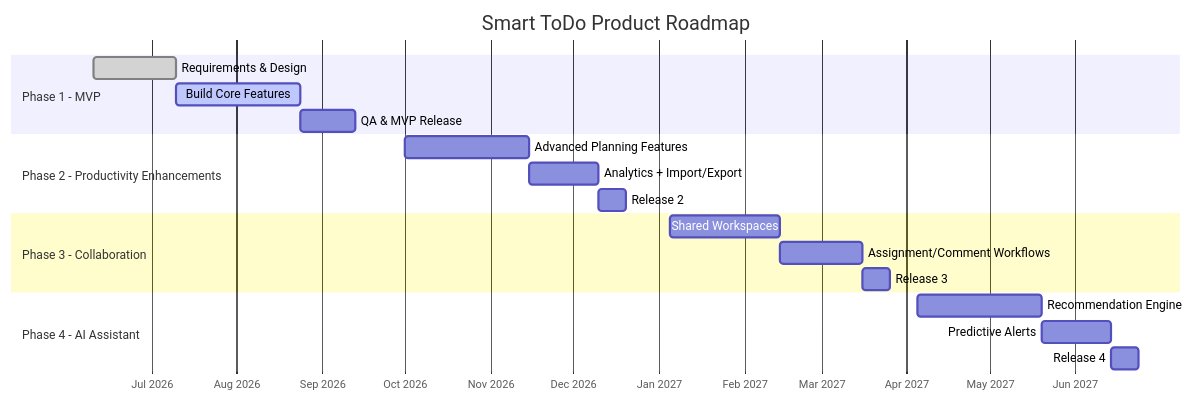
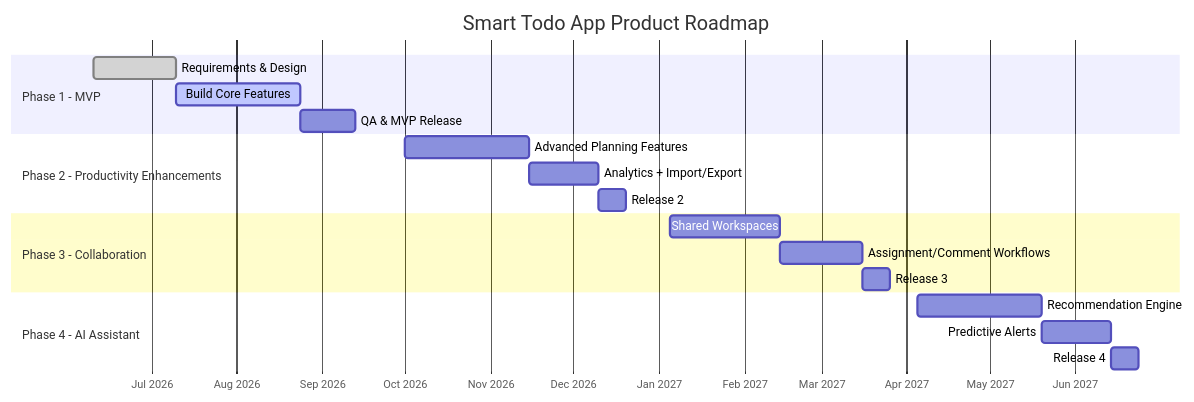
One commit to sayef-reyadh/smart-todo changed the diagram in docs/27-project-roadmap.md. Above: the diagram before and after it, drawn with Mermaid. The commit also changed other lines of this file and 29 other files, not shown here.

Commit message:
Rename application references to Smart Todo App

````diff
--- a/docs/27-project-roadmap.md
+++ b/docs/27-project-roadmap.md
@@ -19,25 +19,25 @@
 ```mermaid
 gantt
-    title Smart ToDo Product Roadmap
+    title Smart Todo App Product Roadmap
     dateFormat  YYYY-MM-DD
     axisFormat  %b %Y
     section Phase 1 - MVP
     Requirements & Design             :done, p1a, 2026-06-10, 30d
     Build Core Features               :active, p1b, after p1a, 45d
     QA & MVP Release                  :p1c, after p1b, 20d
 
     section Phase 2 - Productivity Enhancements
     Advanced Planning Features        :p2a, 2026-10-01, 45d
     Analytics + Import/Export         :p2b, after p2a, 25d
     Release 2                         :p2c, after p2b, 10d
 
     section Phase 3 - Collaboration
     Shared Workspaces                 :p3a, 2027-01-05, 40d
     Assignment/Comment Workflows      :p3b, after p3a, 30d
     Release 3                         :p3c, after p3b, 10d
 
     section Phase 4 - AI Assistant
     Recommendation Engine             :p4a, 2027-04-05, 45d
     Predictive Alerts                 :p4b, after p4a, 25d
     Release 4                         :p4c, after p4b, 10d
 ```
````
